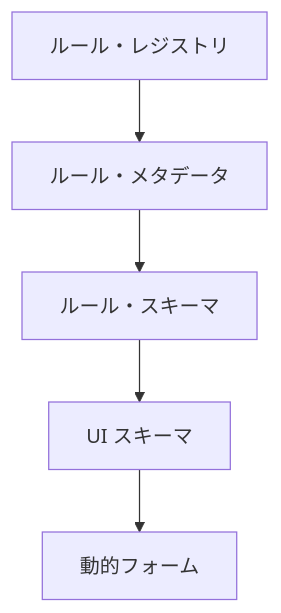
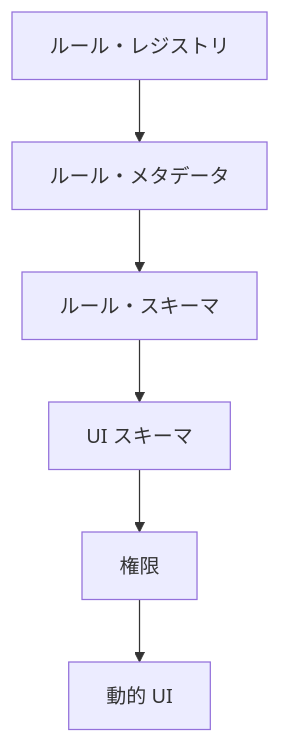
The first of 4 diagrams in docsMod/core_api.md (stein2nd/docs-linter), drawn with Mermaid before and after one commit. The commit also changed other lines of this file, not shown here.

````diff
--- a/docsMod/core_api.md
+++ b/docsMod/core_api.md
@@ -855,7 +1077,8 @@
 ```mermaid
 flowchart TD
   A["ルール・レジストリ"] --> B["ルール・メタデータ"]
   B --> C["ルール・スキーマ"]
   C --> D["UI スキーマ"]
-  D --> E["動的フォーム"]
+  D --> E["権限"]
+  E --> F["動的 UI"]
 ```
````
